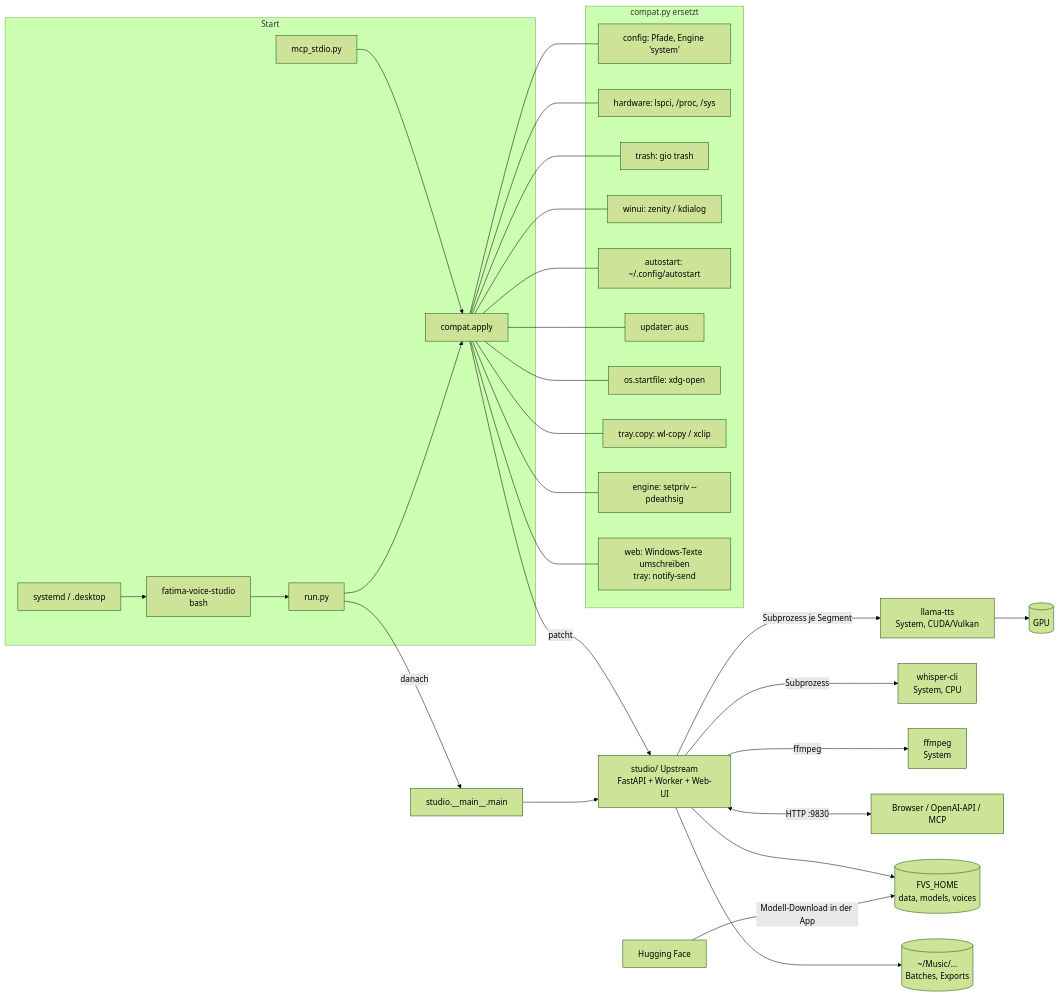
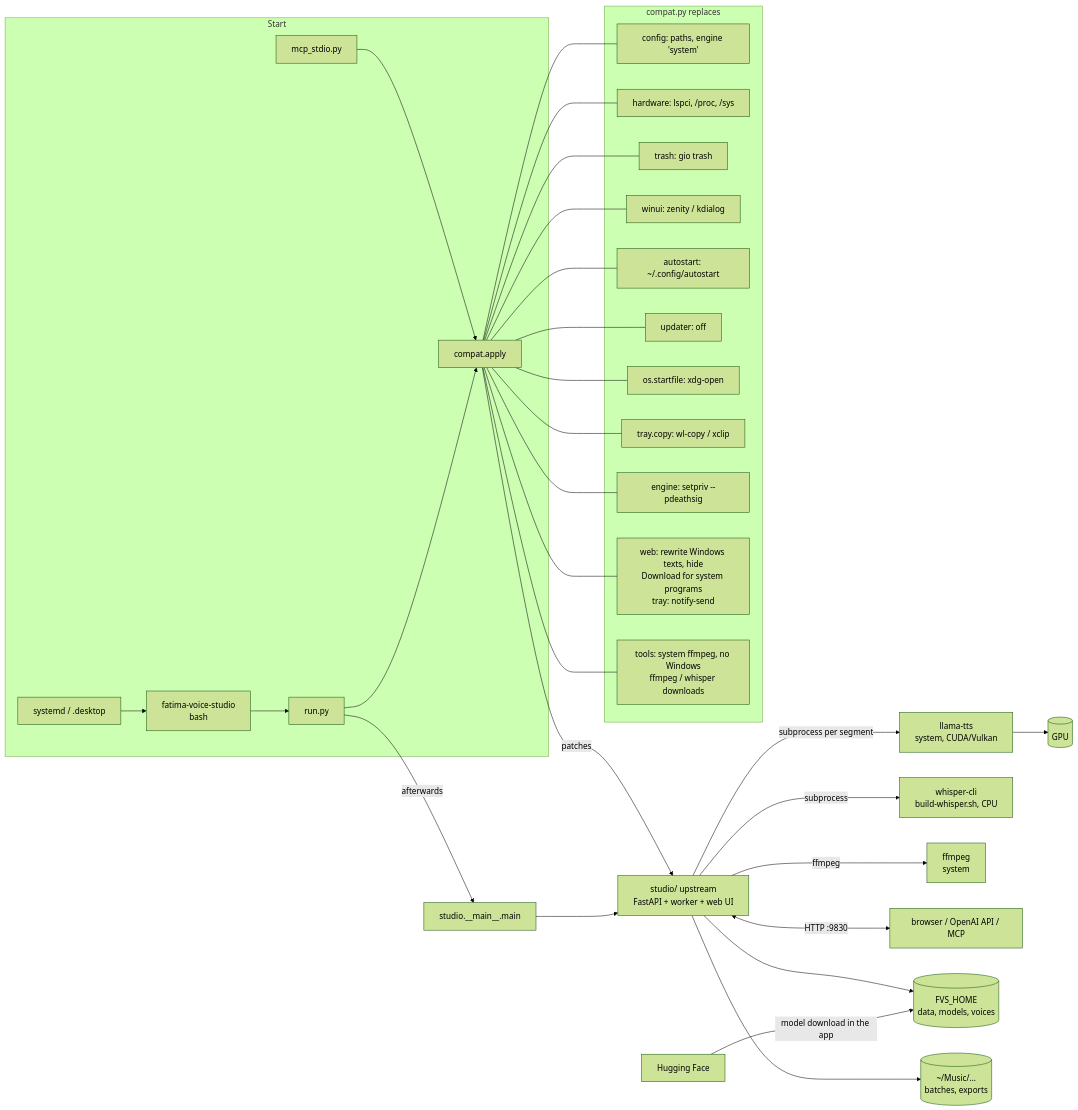
The diagram in linux/ARCHITECTURE.md (Blarks-de/fatima-voice-studio), drawn with Mermaid (forest theme) before and after one commit. The commit also changed other lines of this file and 6 other files, not shown here.

First line of the commit message:
linux: address review of PR #3 (ffmpeg, Whisper, System engine, paths with spaces, English docs)

````diff
--- a/linux/ARCHITECTURE.md
+++ b/linux/ARCHITECTURE.md
@@ -7,35 +7,36 @@
 ```mermaid
 flowchart LR
     subgraph Start
         L[fatima-voice-studio<br/>bash] --> R[run.py]
         SD[systemd / .desktop] --> L
         MCPs[mcp_stdio.py] --> C
         R --> C[compat.apply]
     end
-    C -->|patcht| S[studio/ Upstream<br/>FastAPI + Worker + Web-UI]
-    R -->|danach| M[studio.__main__.main]
+    C -->|patches| S[studio/ upstream<br/>FastAPI + worker + web UI]
+    R -->|afterwards| M[studio.__main__.main]
     M --> S
 
-    subgraph compat.py ersetzt
-        P1[config: Pfade, Engine 'system']
+    subgraph compat.py replaces
+        P1[config: paths, engine 'system']
         P2[hardware: lspci, /proc, /sys]
         P3[trash: gio trash]
         P4[winui: zenity / kdialog]
         P5[autostart: ~/.config/autostart]
-        P6[updater: aus]
+        P6[updater: off]
         P7[os.startfile: xdg-open]
         P8[tray.copy: wl-copy / xclip]
         P9[engine: setpriv --pdeathsig]
-        P10[web: Windows-Texte umschreiben<br/>tray: notify-send]
+        P10[web: rewrite Windows texts, hide<br/>Download for system programs<br/>tray: notify-send]
+        P11[tools: system ffmpeg, no Windows<br/>ffmpeg / whisper downloads]
     end
-    C --- P1 & P2 & P3 & P4 & P5 & P6 & P7 & P8 & P9 & P10
+    C --- P1 & P2 & P3 & P4 & P5 & P6 & P7 & P8 & P9 & P10 & P11
 
-    S -->|Subprozess je Segment| E[llama-tts<br/>System, CUDA/Vulkan]
-    S -->|Subprozess| W[whisper-cli<br/>System, CPU]
-    S -->|ffmpeg| F[ffmpeg<br/>System]
+    S -->|subprocess per segment| E[llama-tts<br/>system, CUDA/Vulkan]
+    S -->|subprocess| W[whisper-cli<br/>build-whisper.sh, CPU]
+    S -->|ffmpeg| F[ffmpeg<br/>system]
     E --> GPU[(GPU)]
-    S <-->|HTTP :9830| UI[Browser / OpenAI-API / MCP]
+    S <-->|HTTP :9830| UI[browser / OpenAI API / MCP]
     S --> D[(FVS_HOME<br/>data, models, voices)]
-    S --> A[(~/Music/…<br/>Batches, Exports)]
-    HF[Hugging Face] -->|Modell-Download in der App| D
+    S --> A[(~/Music/…<br/>batches, exports)]
+    HF[Hugging Face] -->|model download in the app| D
 ```
````
